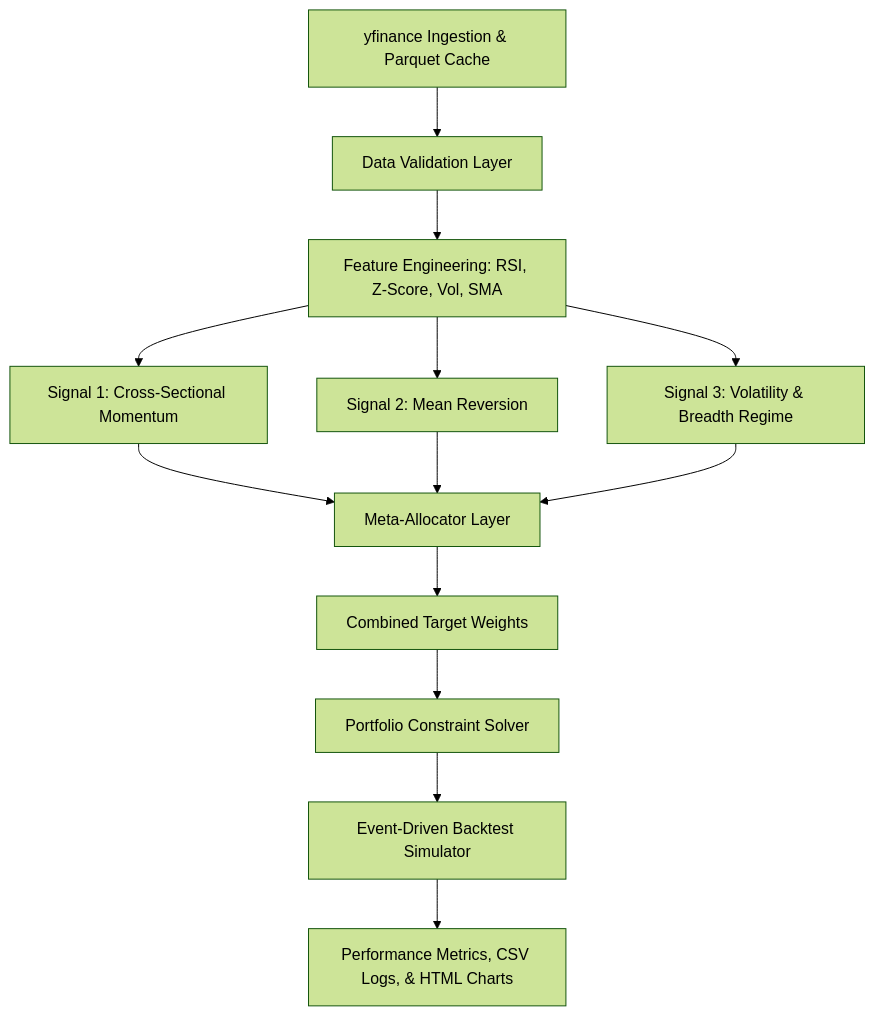
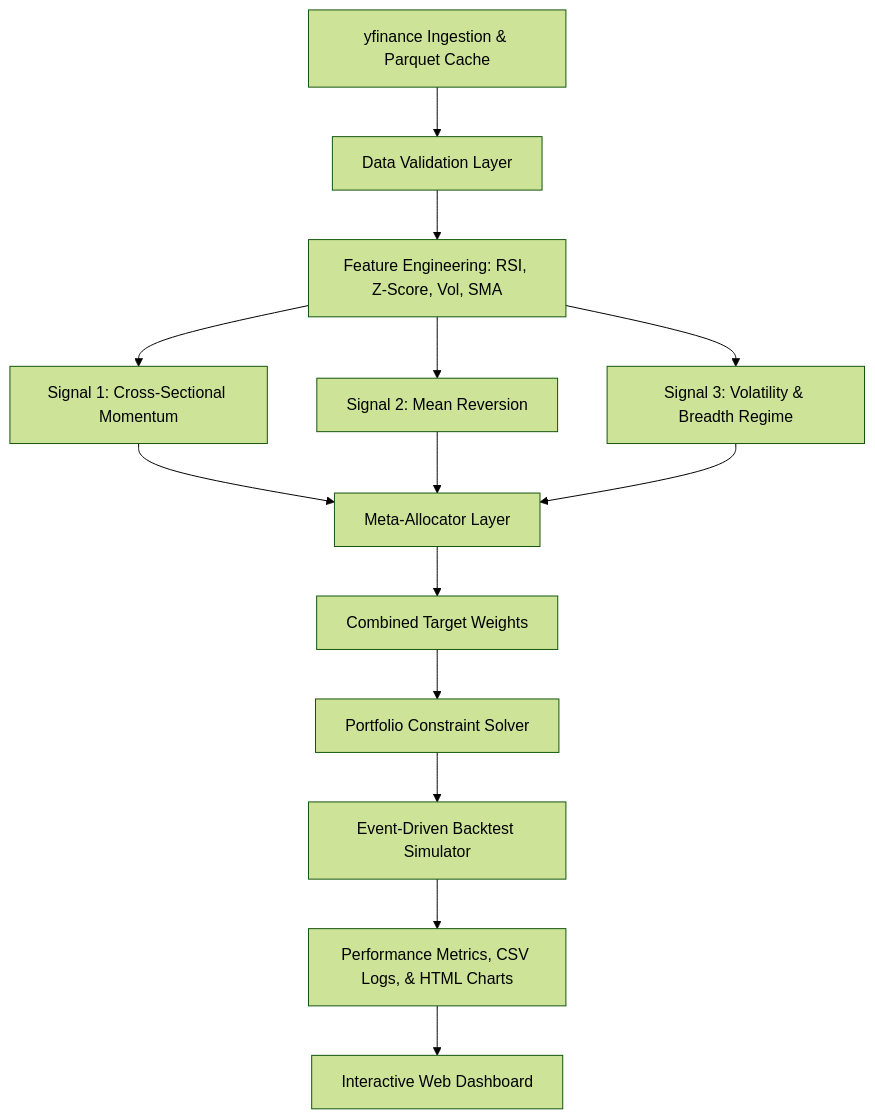
Before and after one commit to fr-jazxx/quant-assignment: the diagram in README.md, drawn with Mermaid (forest theme). The commit also changed other lines of this file, not shown here.

Commit message:
docs: update README with dashboard instructions, correct repo URL, Docker setup, and accurate project structure

````diff
--- a/README.md
+++ b/README.md
@@ -63,14 +75,15 @@
 ```mermaid
 graph TD
     A[yfinance Ingestion & Parquet Cache] --> B[Data Validation Layer]
     B --> C[Feature Engineering: RSI, Z-Score, Vol, SMA]
     C --> D1[Signal 1: Cross-Sectional Momentum]
     C --> D2[Signal 2: Mean Reversion]
     C --> D3[Signal 3: Volatility & Breadth Regime]
     D1 & D2 --> E[Meta-Allocator Layer]
     D3 --> E
     E --> F[Combined Target Weights]
     F --> G[Portfolio Constraint Solver]
     G --> H[Event-Driven Backtest Simulator]
     H --> I[Performance Metrics, CSV Logs, & HTML Charts]
+    I --> J[Interactive Web Dashboard]
 ```
````
